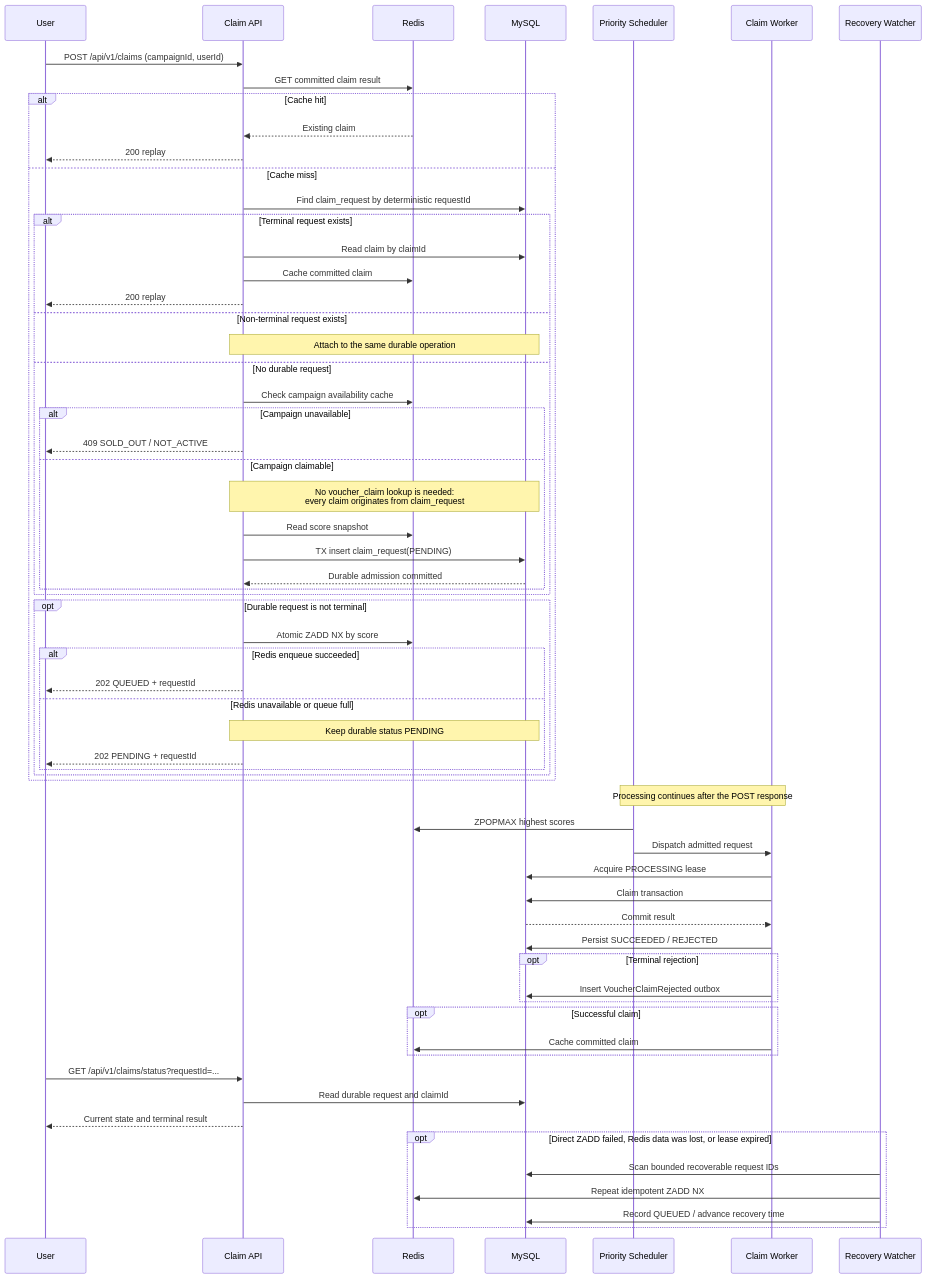
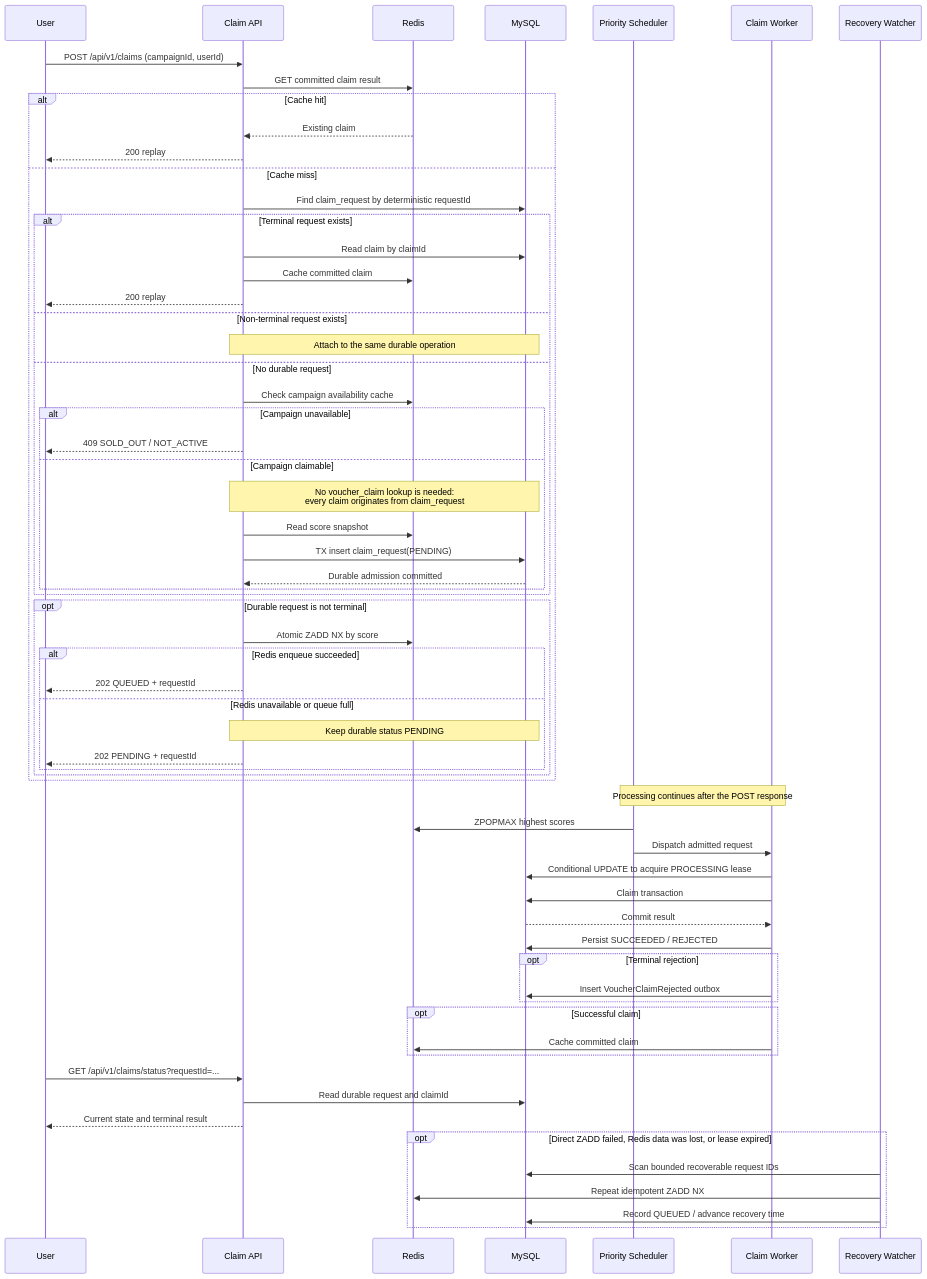
Before and after one commit to PhamDinhDuy-2508/Voucher-claim-system: the tenth of 14 diagrams in SOLUTION.md, drawn with Mermaid. The commit also changed other lines of this file and 3 other files, not shown here.

Commit message:
perf: acquire claim request lease atomically

````diff
--- a/SOLUTION.md
+++ b/SOLUTION.md
@@ -470,67 +470,67 @@
 ```mermaid
 sequenceDiagram
     participant U as User
     participant API as Claim API
     participant R as Redis
     participant DB as MySQL
     participant S as Priority Scheduler
     participant W as Claim Worker
     participant RW as Recovery Watcher
 
     U->>API: POST /api/v1/claims (campaignId, userId)
     API->>R: GET committed claim result
     alt Cache hit
         R-->>API: Existing claim
         API-->>U: 200 replay
     else Cache miss
         API->>DB: Find claim_request by deterministic requestId
         alt Terminal request exists
             API->>DB: Read claim by claimId
             API->>R: Cache committed claim
             API-->>U: 200 replay
         else Non-terminal request exists
             Note over API,DB: Attach to the same durable operation
         else No durable request
             API->>R: Check campaign availability cache
             alt Campaign unavailable
                 API-->>U: 409 SOLD_OUT / NOT_ACTIVE
             else Campaign claimable
             Note over API,DB: No voucher_claim lookup is needed:<br/>every claim originates from claim_request
             API->>R: Read score snapshot
             API->>DB: TX insert claim_request(PENDING)
             DB-->>API: Durable admission committed
             end
         end
         opt Durable request is not terminal
             API->>R: Atomic ZADD NX by score
             alt Redis enqueue succeeded
                 API-->>U: 202 QUEUED + requestId
             else Redis unavailable or queue full
                 Note over API,DB: Keep durable status PENDING
                 API-->>U: 202 PENDING + requestId
             end
         end
     end
 
     Note over S,W: Processing continues after the POST response
     S->>R: ZPOPMAX highest scores
     S->>W: Dispatch admitted request
-    W->>DB: Acquire PROCESSING lease
+    W->>DB: Conditional UPDATE to acquire PROCESSING lease
     W->>DB: Claim transaction
     DB-->>W: Commit result
     W->>DB: Persist SUCCEEDED / REJECTED
     opt Terminal rejection
         W->>DB: Insert VoucherClaimRejected outbox
     end
     opt Successful claim
         W->>R: Cache committed claim
     end
     U->>API: GET /api/v1/claims/status?requestId=...
     API->>DB: Read durable request and claimId
     API-->>U: Current state and terminal result
     opt Direct ZADD failed, Redis data was lost, or lease expired
         RW->>DB: Scan bounded recoverable request IDs
         RW->>R: Repeat idempotent ZADD NX
         RW->>DB: Record QUEUED / advance recovery time
     end
 ```
````
